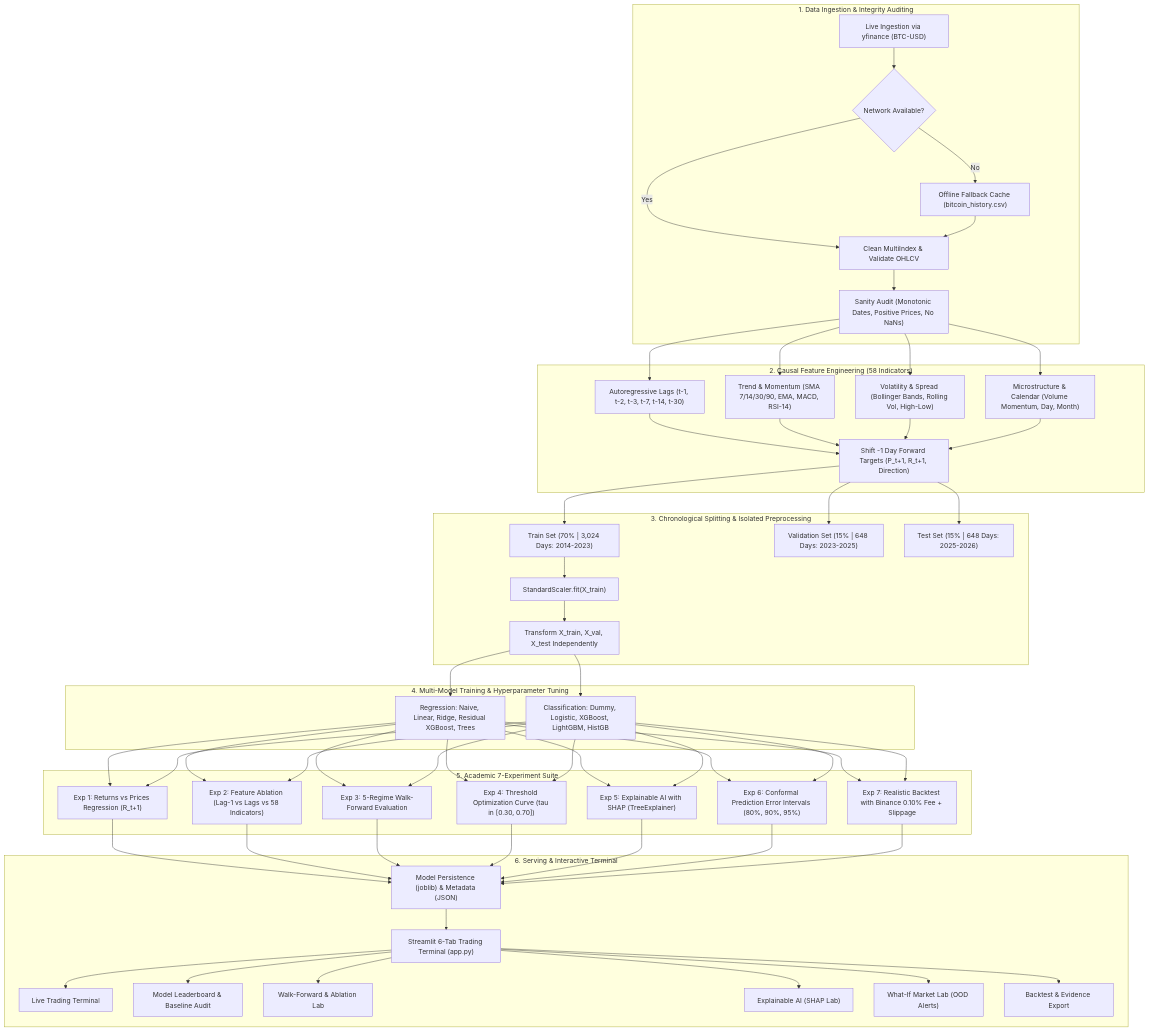
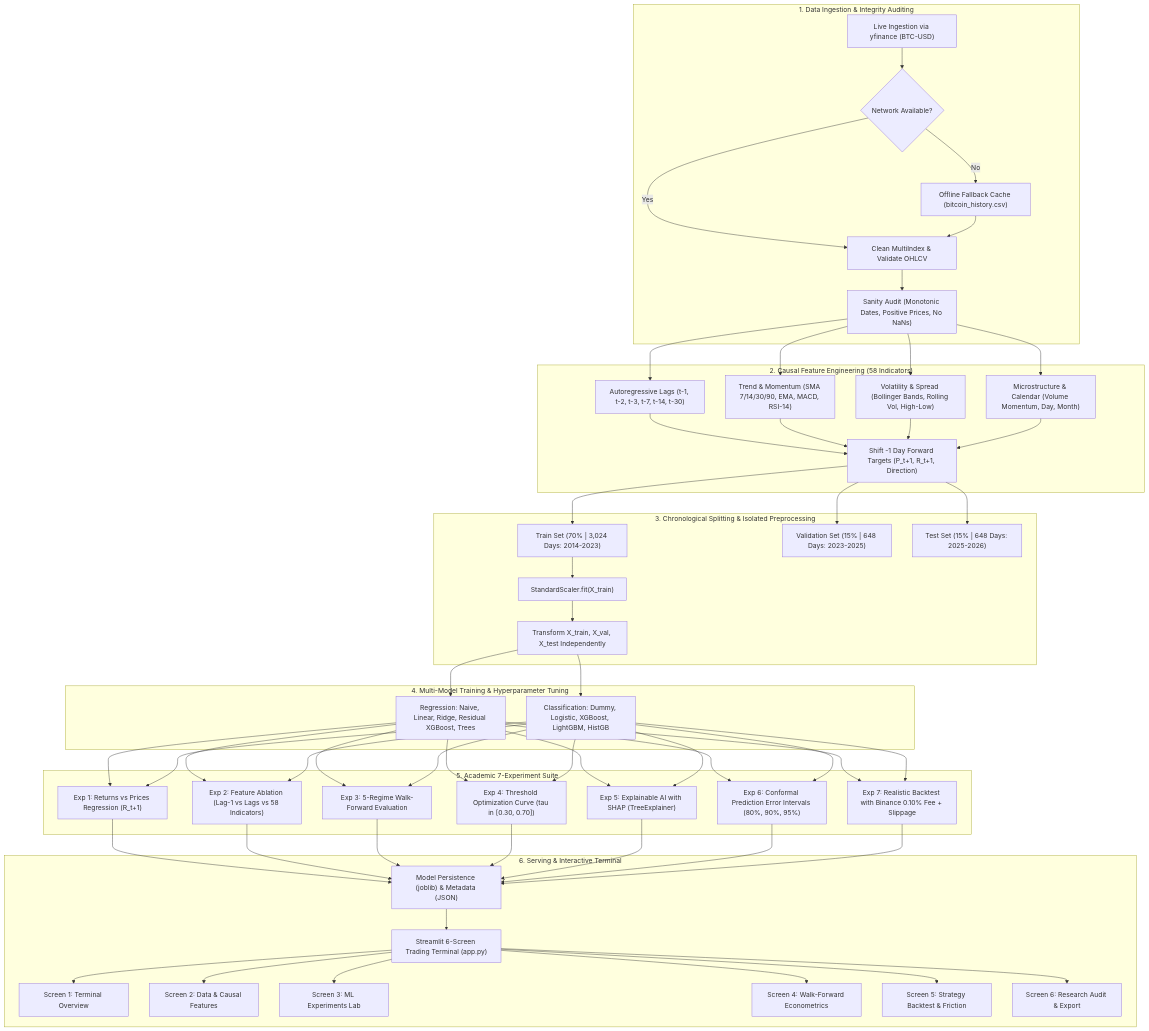
One commit to CodeWidKrish/CryptoPredict-AI changed the diagram in README.md. Above: the diagram before and after it, drawn with Mermaid. The commit also changed other lines of this file, not shown here.

````diff
--- a/README.md
+++ b/README.md
@@ -90,52 +129,52 @@
 ```mermaid
 flowchart TD
     subgraph INGESTION ["1. Data Ingestion & Integrity Auditing"]
         A["Live Ingestion via yfinance (BTC-USD)"] --> B{"Network Available?"}
         B -- Yes --> C["Clean MultiIndex & Validate OHLCV"]
         B -- No --> D["Offline Fallback Cache (bitcoin_history.csv)"]
         D --> C
         C --> E["Sanity Audit (Monotonic Dates, Positive Prices, No NaNs)"]
     end
 
     subgraph FEATURES ["2. Causal Feature Engineering (58 Indicators)"]
         E --> F1["Autoregressive Lags (t-1, t-2, t-3, t-7, t-14, t-30)"]
         E --> F2["Trend & Momentum (SMA 7/14/30/90, EMA, MACD, RSI-14)"]
         E --> F3["Volatility & Spread (Bollinger Bands, Rolling Vol, High-Low)"]
         E --> F4["Microstructure & Calendar (Volume Momentum, Day, Month)"]
         F1 & F2 & F3 & F4 --> G["Shift -1 Day Forward Targets (P_t+1, R_t+1, Direction)"]
     end
 
     subgraph PARTITION ["3. Chronological Splitting & Isolated Preprocessing"]
         G --> H1["Train Set (70% | 3,024 Days: 2014-2023)"]
         G --> H2["Validation Set (15% | 648 Days: 2023-2025)"]
         G --> H3["Test Set (15% | 648 Days: 2025-2026)"]
         H1 --> I["StandardScaler.fit(X_train)"]
         I --> J["Transform X_train, X_val, X_test Independently"]
     end
 
     subgraph BENCHMARK ["4. Multi-Model Training & Hyperparameter Tuning"]
         J --> K1["Regression: Naive, Linear, Ridge, Residual XGBoost, Trees"]
         J --> K2["Classification: Dummy, Logistic, XGBoost, LightGBM, HistGB"]
     end
 
     subgraph RESEARCH ["5. Academic 7-Experiment Suite"]
         K1 & K2 --> L1["Exp 1: Returns vs Prices Regression (R_t+1)"]
         K1 & K2 --> L2["Exp 2: Feature Ablation (Lag-1 vs Lags vs 58 Indicators)"]
         K1 & K2 --> L3["Exp 3: 5-Regime Walk-Forward Evaluation"]
         K1 & K2 --> L4["Exp 4: Threshold Optimization Curve (tau in [0.30, 0.70])"]
         K1 & K2 --> L5["Exp 5: Explainable AI with SHAP (TreeExplainer)"]
         K1 & K2 --> L6["Exp 6: Conformal Prediction Error Intervals (80%, 90%, 95%)"]
         K1 & K2 --> L7["Exp 7: Realistic Backtest with Binance 0.10% Fee + Slippage"]
     end
 
     subgraph SERVING ["6. Serving & Interactive Terminal"]
         L1 & L2 & L3 & L4 & L5 & L6 & L7 --> M["Model Persistence (joblib) & Metadata (JSON)"]
-        M --> N["Streamlit 6-Tab Trading Terminal (app.py)"]
-        N --> O1["Live Trading Terminal"]
-        N --> O2["Model Leaderboard & Baseline Audit"]
-        N --> O3["Walk-Forward & Ablation Lab"]
-        N --> O4["Explainable AI (SHAP Lab)"]
-        N --> O5["What-If Market Lab (OOD Alerts)"]
-        N --> O6["Backtest & Evidence Export"]
+        M --> N["Streamlit 6-Screen Trading Terminal (app.py)"]
+        N --> O1["Screen 1: Terminal Overview"]
+        N --> O2["Screen 2: Data & Causal Features"]
+        N --> O3["Screen 3: ML Experiments Lab"]
+        N --> O4["Screen 4: Walk-Forward Econometrics"]
+        N --> O5["Screen 5: Strategy Backtest & Friction"]
+        N --> O6["Screen 6: Research Audit & Export"]
     end
 ```
````
